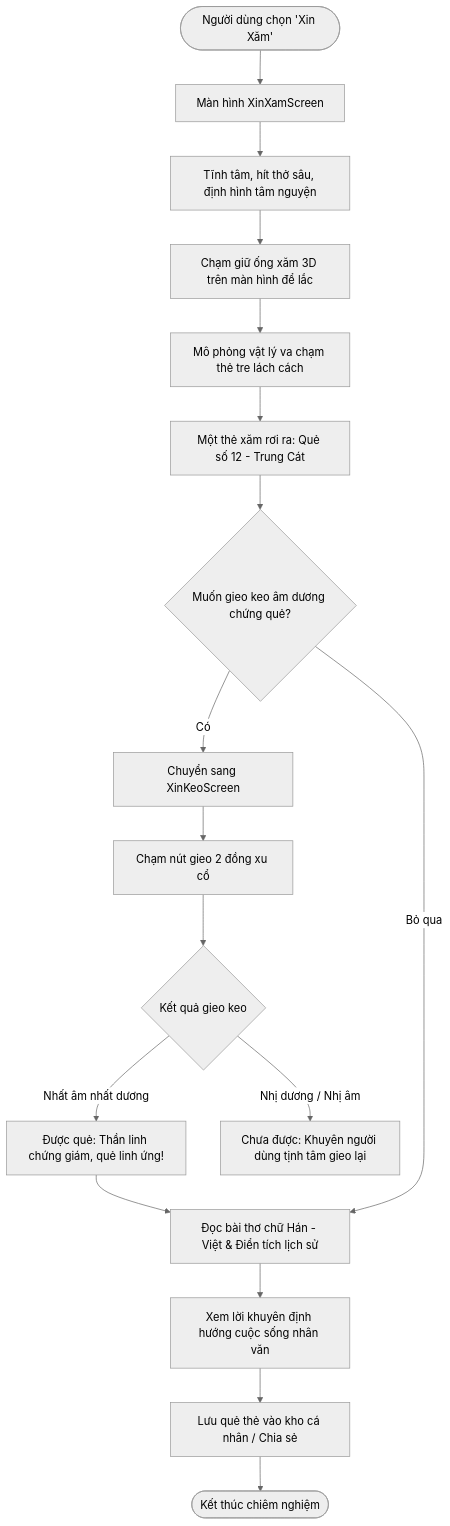
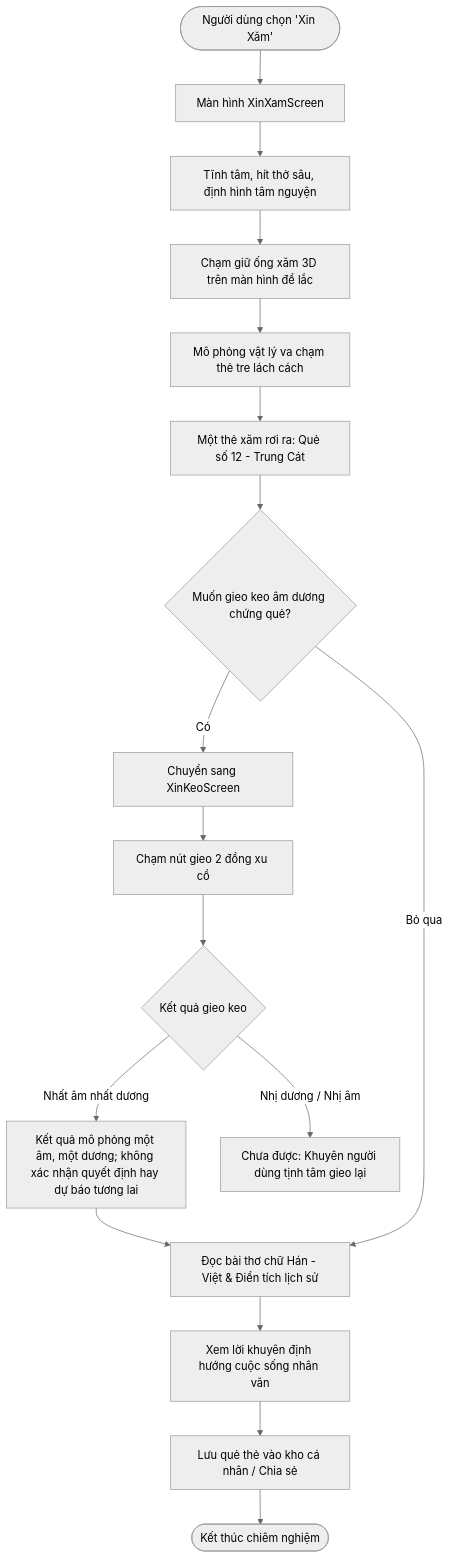
The second of 6 diagrams in Tin-Lam-Tam-Linh-Requirements-Tong-Hop.md (Truonghd2202/Cung_kieng_online), drawn with Mermaid (neutral theme) before and after one commit. The commit also changed other lines of this file and 182 other files, not shown here.

````diff
--- a/Tin-Lam-Tam-Linh-Requirements-Tong-Hop.md
+++ b/Tin-Lam-Tam-Linh-Requirements-Tong-Hop.md
@@ -507,23 +523,23 @@
 ```mermaid
 flowchart TD
     A([Người dùng chọn 'Xin Xăm']) --> B[Màn hình XinXamScreen]
     B --> C[Tĩnh tâm, hít thở sâu, định hình tâm nguyện]
     C --> D[Chạm giữ ống xăm 3D trên màn hình để lắc]
     
     D --> E[Mô phỏng vật lý va chạm thẻ tre lách cách]
     E --> F[Một thẻ xăm rơi ra: Quẻ số 12 - Trung Cát]
     
     F --> G{Muốn gieo keo âm dương chứng quẻ?}
     G -- Có --> H[Chuyển sang XinKeoScreen]
     H --> I[Chạm nút gieo 2 đồng xu cổ]
     I --> J{Kết quả gieo keo}
-    J -- Nhất âm nhất dương --> K[Được quẻ: Thần linh chứng giám, quẻ linh ứng!]
+    J -- Nhất âm nhất dương --> K[Kết quả mô phỏng một âm, một dương; không xác nhận quyết định hay dự báo tương lai]
     J -- Nhị dương / Nhị âm --> L[Chưa được: Khuyên người dùng tịnh tâm gieo lại]
     
     K --> M[Đọc bài thơ chữ Hán - Việt & Điển tích lịch sử]
     G -- Bỏ qua --> M
     
     M --> N[Xem lời khuyên định hướng cuộc sống nhân văn]
     N --> O[Lưu quẻ thẻ vào kho cá nhân / Chia sẻ]
     O --> P([Kết thúc chiêm nghiệm])
 ```
````
